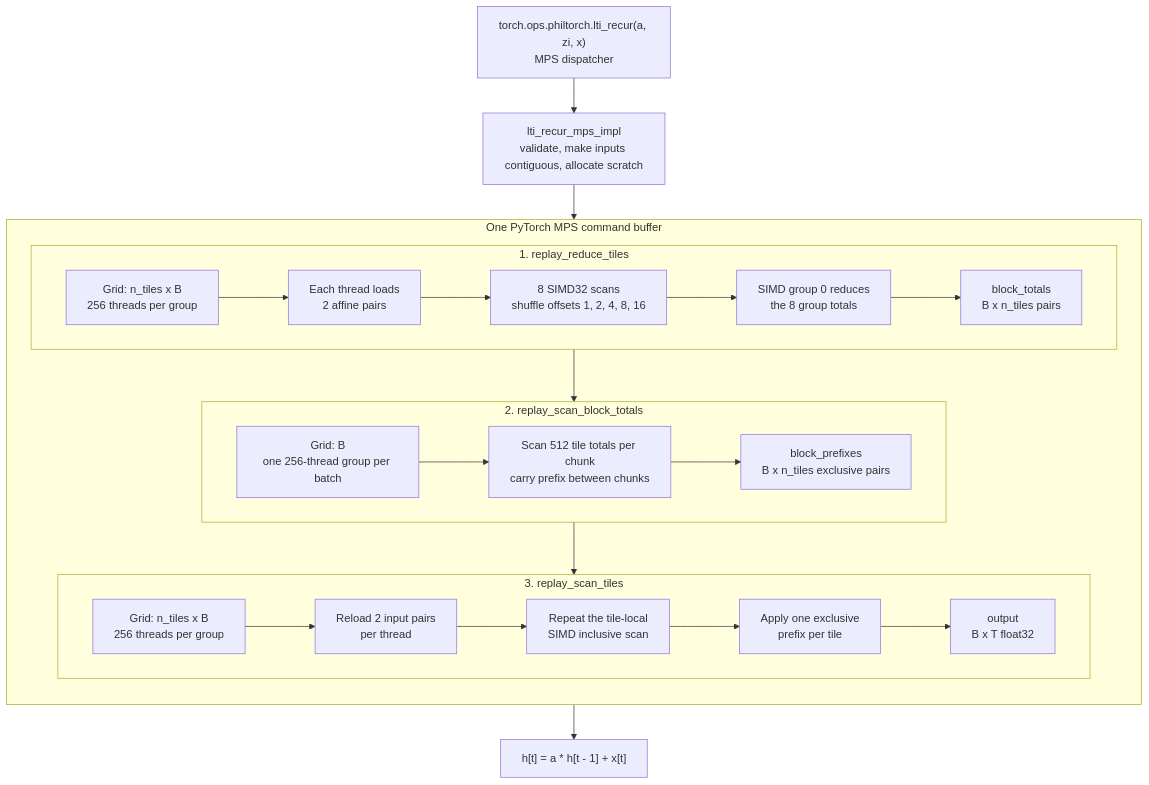
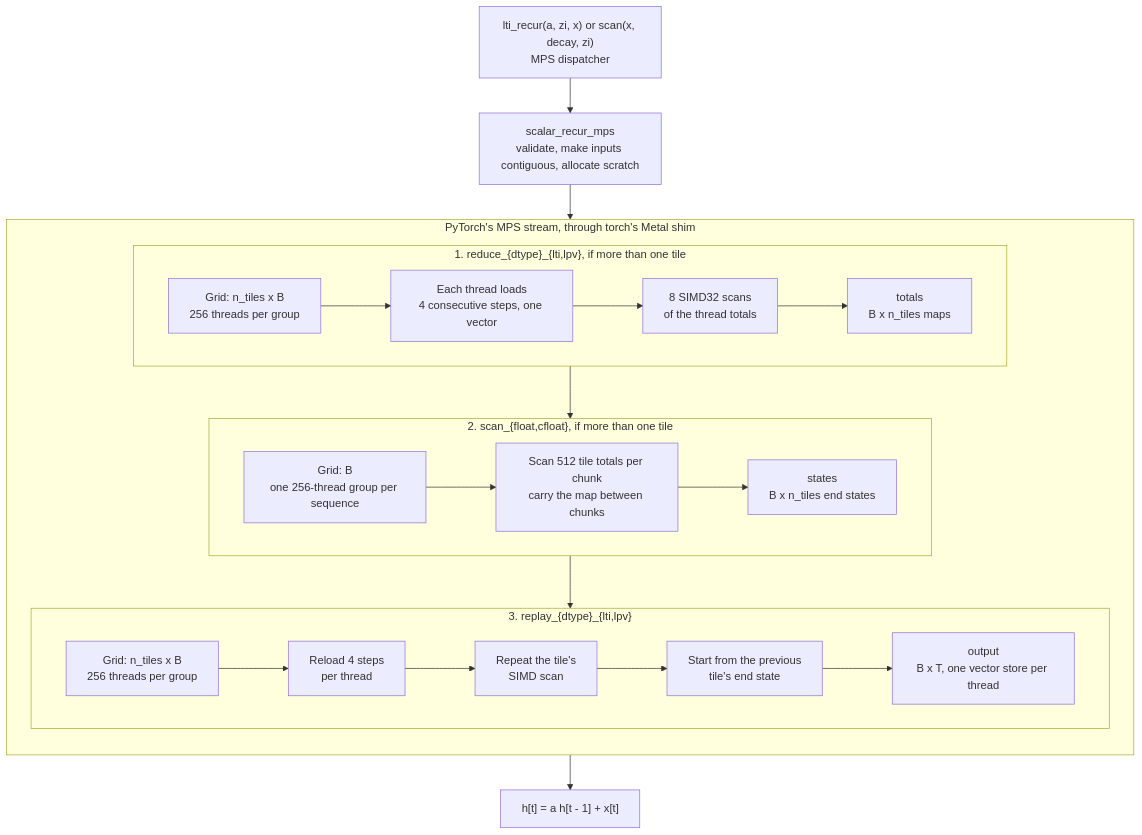
The diagram in philtorch/csrc/README.md (yoyolicoris/philtorch), drawn with Mermaid before and after one commit. The commit also changed other lines of this file and 16 other files, not shown here.

First line of the commit message:
feat(csrc): Metal kernel of the scalar recurrence, LTI and LPV, on the stable ABI (#138)

````diff
--- a/philtorch/csrc/README.md
+++ b/philtorch/csrc/README.md
@@ -62,43 +65,42 @@
 ```mermaid
 flowchart TB
-    opcall["torch.ops.philtorch.lti_recur(a, zi, x)<br/>MPS dispatcher"]
-      host["lti_recur_mps_impl<br/>validate, make inputs contiguous, allocate scratch"]
+    opcall["lti_recur(a, zi, x) or scan(x, decay, zi)<br/>MPS dispatcher"]
+    host["scalar_recur_mps<br/>validate, make inputs contiguous, allocate scratch"]
 
-    subgraph command["One PyTorch MPS command buffer"]
+    subgraph command["PyTorch's MPS stream, through torch's Metal shim"]
         direction TB
 
-         subgraph stage1["1. replay_reduce_tiles"]
+        subgraph stage1["1. reduce_{dtype}_{lti,lpv}, if more than one tile"]
             direction LR
             grid1["Grid: n_tiles x B<br/>256 threads per group"]
-            load["Each thread loads<br/>2 affine pairs"]
-            simd["8 SIMD32 scans<br/>shuffle offsets 1, 2, 4, 8, 16"]
-            groups["SIMD group 0 reduces<br/>the 8 group totals"]
-            totals["block_totals<br/>B x n_tiles pairs"]
-            grid1 --> load --> simd --> groups --> totals
+            load["Each thread loads<br/>4 consecutive steps, one vector"]
+            simd["8 SIMD32 scans<br/>of the thread totals"]
+            totals["totals<br/>B x n_tiles maps"]
+            grid1 --> load --> simd --> totals
         end
 
-      subgraph stage2["2. replay_scan_block_totals"]
+        subgraph stage2["2. scan_{float,cfloat}, if more than one tile"]
             direction LR
-            grid2["Grid: B<br/>one 256-thread group per batch"]
-            chunks["Scan 512 tile totals per chunk<br/>carry prefix between chunks"]
-            prefixes["block_prefixes<br/>B x n_tiles exclusive pairs"]
-            grid2 --> chunks --> prefixes
+            grid2["Grid: B<br/>one 256-thread group per sequence"]
+            chunks["Scan 512 tile totals per chunk<br/>carry the map between chunks"]
+            states["states<br/>B x n_tiles end states"]
+            grid2 --> chunks --> states
         end
 
-         subgraph stage3["3. replay_scan_tiles"]
+        subgraph stage3["3. replay_{dtype}_{lti,lpv}"]
             direction LR
             grid3["Grid: n_tiles x B<br/>256 threads per group"]
-            reload["Reload 2 input pairs<br/>per thread"]
-            simd2["Repeat the tile-local<br/>SIMD inclusive scan"]
-            combine["Apply one exclusive<br/>prefix per tile"]
-            output["output<br/>B x T float32"]
+            reload["Reload 4 steps<br/>per thread"]
+            simd2["Repeat the tile's<br/>SIMD scan"]
+            combine["Start from the previous<br/>tile's end state"]
+            output["output<br/>B x T, one vector store per thread"]
             grid3 --> reload --> simd2 --> combine --> output
         end
 
         totals --> grid2
-        prefixes --> combine
+        states --> combine
     end
 
     opcall --> host --> grid1
-    output --> result["h[t] = a * h[t - 1] + x[t]"]
+    output --> result["h[t] = a h[t - 1] + x[t]"]
 ```
````
